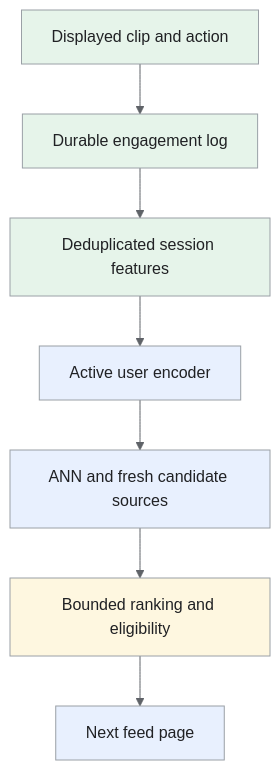
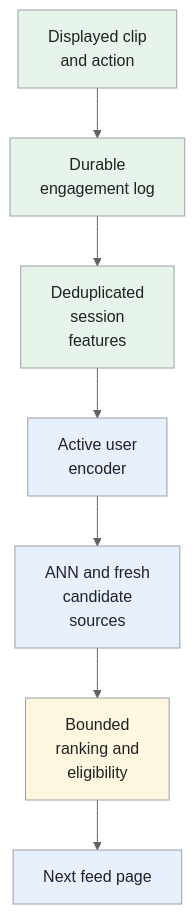
The fourth of 7 diagrams in _designs/system-design-tiktok-reels.md (iliazlobin/iliazlobin.github.io), drawn with Mermaid before and after one commit. The commit also changed other lines of this file and 116 other files, not shown here.

````diff
--- a/_designs/system-design-tiktok-reels.md
+++ b/_designs/system-design-tiktok-reels.md
@@ -276,17 +305,17 @@
 ```mermaid
-%%{init: {'theme':'base','themeVariables':{'primaryColor':'#e8f0fe','primaryTextColor':'#202124','primaryBorderColor':'#9aa0a6','lineColor':'#5f6368','secondaryColor':'#e6f4ea','tertiaryColor':'#fef7e0','actorBkg':'#e8f0fe','actorBorder':'#9aa0a6','actorTextColor':'#202124','noteBkgColor':'#fef7e0','noteTextColor':'#202124','noteBorderColor':'#9aa0a6','signalColor':'#5f6368','signalTextColor':'#202124','labelBoxBkgColor':'#fef7e0','labelBoxBorderColor':'#9aa0a6'}}}%%
+%%{init: {"theme":"base","themeVariables":{"primaryColor":"#e8f0fe","primaryBorderColor":"#9aa0a6","primaryTextColor":"#202124","secondaryColor":"#e6f4ea","tertiaryColor":"#fef7e0","lineColor":"#5f6368","actorBkg":"#e8f0fe","actorBorder":"#9aa0a6","actorTextColor":"#202124","noteBkgColor":"#fef7e0","noteBorderColor":"#9aa0a6","noteTextColor":"#202124","signalColor":"#5f6368","signalTextColor":"#202124"}}}%%
 flowchart TB
-    A["Displayed clip and action"] --> L["Durable engagement log"]
-    L --> F["Deduplicated session features"]
-    F --> U["Active user encoder"]
-    U --> C["ANN and fresh candidate sources"]
-    C --> R["Bounded ranking and eligibility"]
+    A["Displayed clip<br>and action"] --> L["Durable<br>engagement log"]
+    L --> F["Deduplicated<br>session<br>features"]
+    F --> U["Active user<br>encoder"]
+    U --> C["ANN and fresh<br>candidate<br>sources"]
+    C --> R["Bounded<br>ranking and<br>eligibility"]
     R --> N["Next feed page"]
 classDef request fill:#e8f0fe,stroke:#9aa0a6,color:#202124;
 classDef data fill:#e6f4ea,stroke:#9aa0a6,color:#202124;
 classDef control fill:#fef7e0,stroke:#9aa0a6,color:#202124;
 class U,C,N request;
 class A,L,F data;
 class R control;
 
 ```
````
